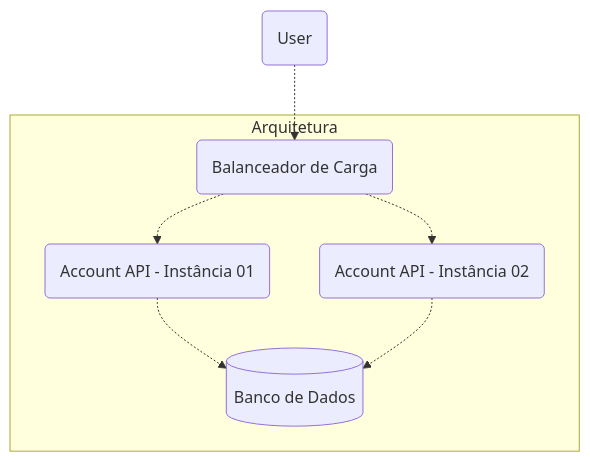
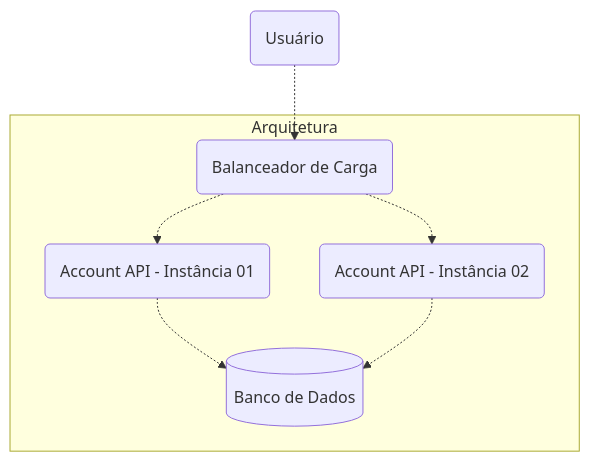
The diagram in README-pt-BR.md (lucsalm/account-api), drawn with Mermaid before and after one commit.

Commit message:
Updating Achitecture in README-pr-BR

````diff
--- a/README-pt-BR.md
+++ b/README-pt-BR.md
@@ -20,10 +20,10 @@
 ```mermaid
 flowchart TD
-    G(User) -.-> LB(Balanceador de Carga)
+    G(Usuário) -.-> LB(Balanceador de Carga)
     subgraph Arquitetura
         LB -.-> API1(Account API - Instância 01)
         LB -.-> API2(Account API - Instância 02)
         API1 -.-> Db[(Banco de Dados)]
         API2 -.-> Db[(Banco de Dados)]
     end
 ```
````
